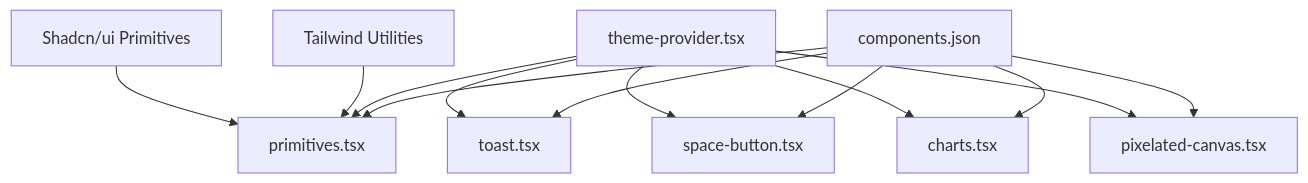
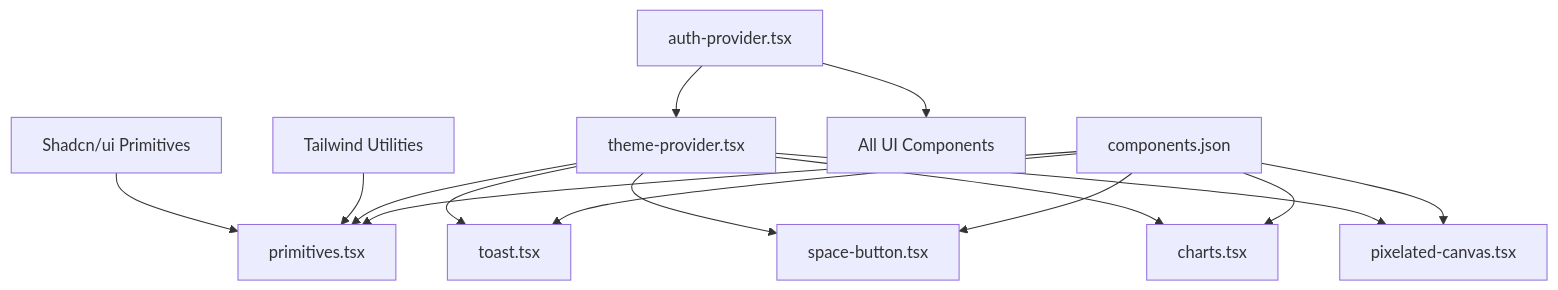
One commit to HassanAmeer/cheaprouter changed the tenth of 10 diagrams in .qoder/repowiki/en/content/Frontend Architecture/Component Library/Component Library.md. Above: the diagram before and after it, drawn with Mermaid. The commit also changed other lines of this file and 54 other files, not shown here.

````diff
--- a/.qoder/repowiki/en/content/Frontend Architecture/Component Library/Component Library.md
+++ b/.qoder/repowiki/en/content/Frontend Architecture/Component Library/Component Library.md
@@ -333,15 +430,17 @@
 ```mermaid
 graph TB
 Shadcn["Shadcn/ui Primitives"] --> Primitives["primitives.tsx"]
 Tailwind["Tailwind Utilities"] --> Primitives
 Theme["theme-provider.tsx"] --> Primitives
 Theme --> Toast["toast.tsx"]
 Theme --> SpaceButton["space-button.tsx"]
 Theme --> Charts["charts.tsx"]
 Theme --> PixelatedCanvas["pixelated-canvas.tsx"]
+Auth["auth-provider.tsx"] --> Theme
+Auth --> UI["All UI Components"]
 Registry["components.json"] --> Primitives
 Registry --> Toast
 Registry --> SpaceButton
 Registry --> Charts
 Registry --> PixelatedCanvas
 ```
````
